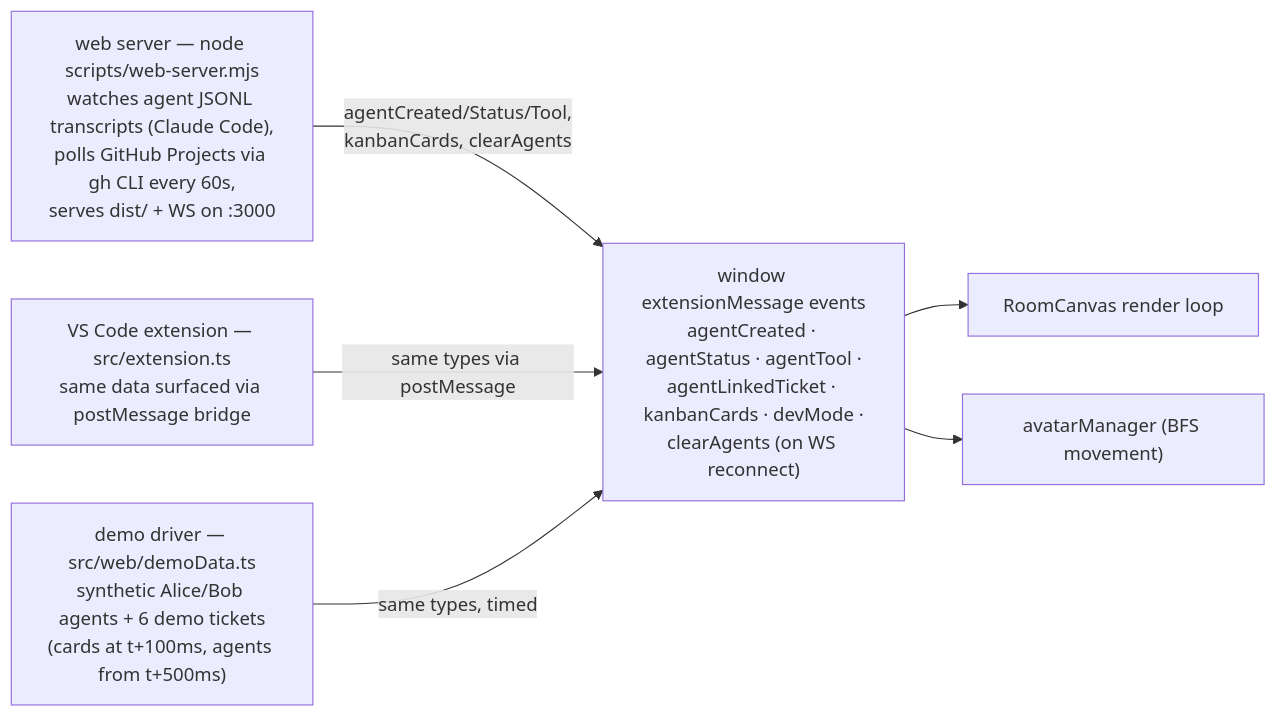
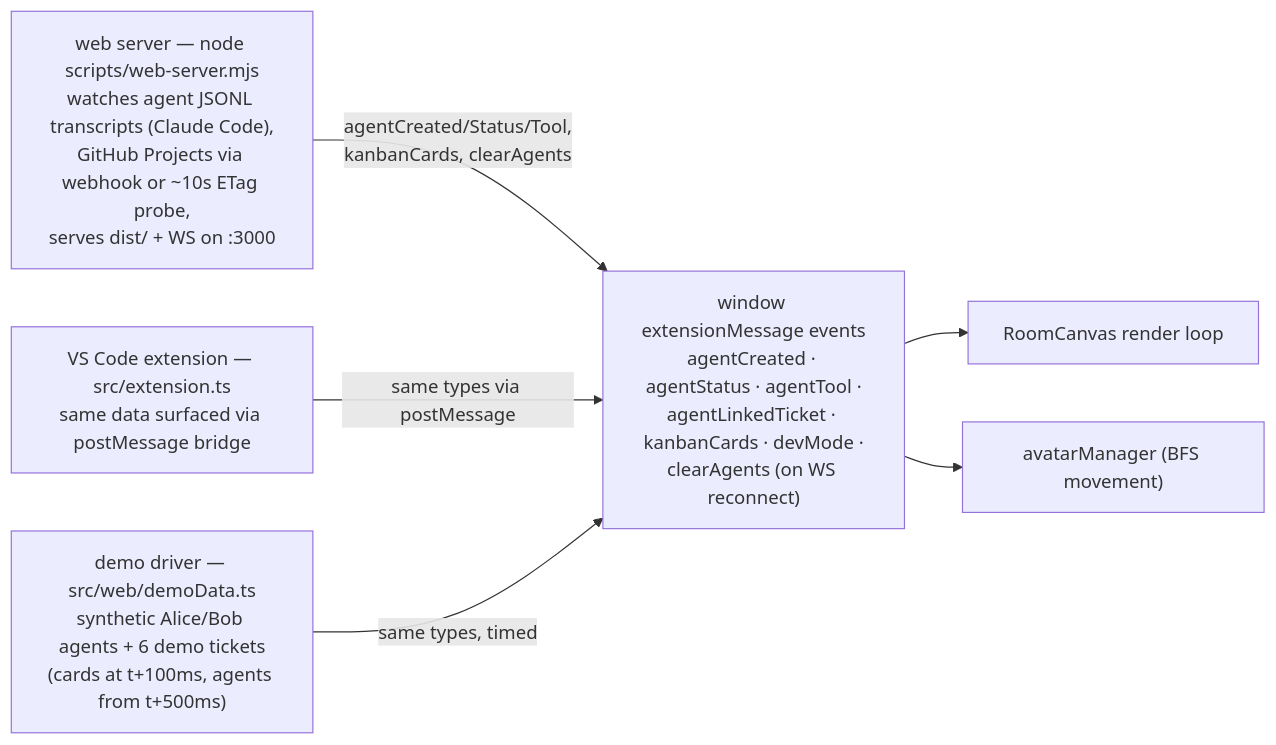
The first of 4 diagrams in README.md (AventusM/habbo-pixel-agents), drawn with Mermaid before and after one commit. The commit also changed other lines of this file and 10 other files, not shown here.

First line of the commit message:
feat(M003/S05): live board updates — webhook receiver + ETag probe fallback (#79)

````diff
--- a/README.md
+++ b/README.md
@@ -234,14 +238,14 @@
 ```mermaid
 flowchart LR
-  WEB["web server — node scripts/web-server.mjs<br/>watches agent JSONL transcripts (Claude Code),<br/>polls GitHub Projects via gh CLI every 60s,<br/>serves dist/ + WS on :3000"]
+  WEB["web server — node scripts/web-server.mjs<br/>watches agent JSONL transcripts (Claude Code),<br/>GitHub Projects via webhook or ~10s ETag probe,<br/>serves dist/ + WS on :3000"]
   EXT["VS Code extension — src/extension.ts<br/>same data surfaced via postMessage bridge"]
   DEMO["demo driver — src/web/demoData.ts<br/>synthetic Alice/Bob agents + 6 demo tickets<br/>(cards at t+100ms, agents from t+500ms)"]
   BUS["window extensionMessage events<br/>agentCreated · agentStatus · agentTool ·<br/>agentLinkedTicket · kanbanCards · devMode ·<br/>clearAgents (on WS reconnect)"]
   RC["RoomCanvas render loop"]
   AM["avatarManager (BFS movement)"]
   WEB -->|"agentCreated/Status/Tool,<br/>kanbanCards, clearAgents"| BUS
   EXT -->|"same types via postMessage"| BUS
   DEMO -->|"same types, timed"| BUS
   BUS --> RC
   BUS --> AM
 ```
````
